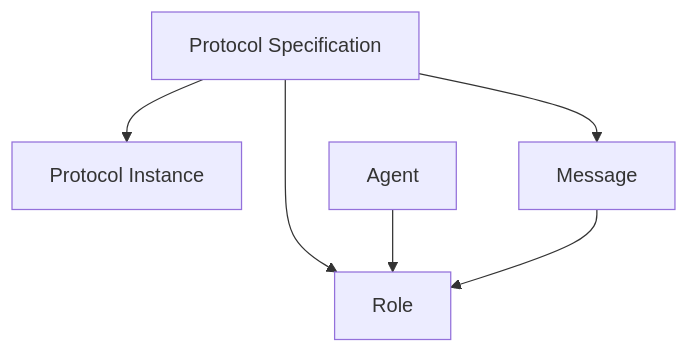
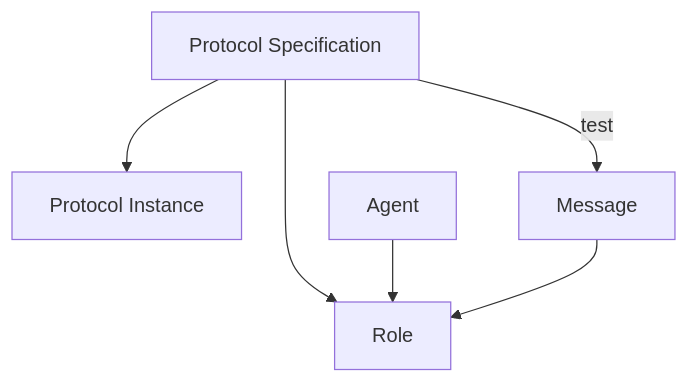
The diagram in docs/MetaModel.md (KaiTries/MasterThesis), drawn with Mermaid before and after one commit.

Commit message:
metamodel

````diff
--- a/docs/MetaModel.md
+++ b/docs/MetaModel.md
@@ -3,10 +3,10 @@
 ```mermaid
 graph TD
     A[Protocol Specification] --> B[Protocol Instance]
-    A --> C[Message]
+    A -->|test| C[Message]
     A --> D[Role]
     E[Agent] --> D
     C --> D
 
 
 ```
````
